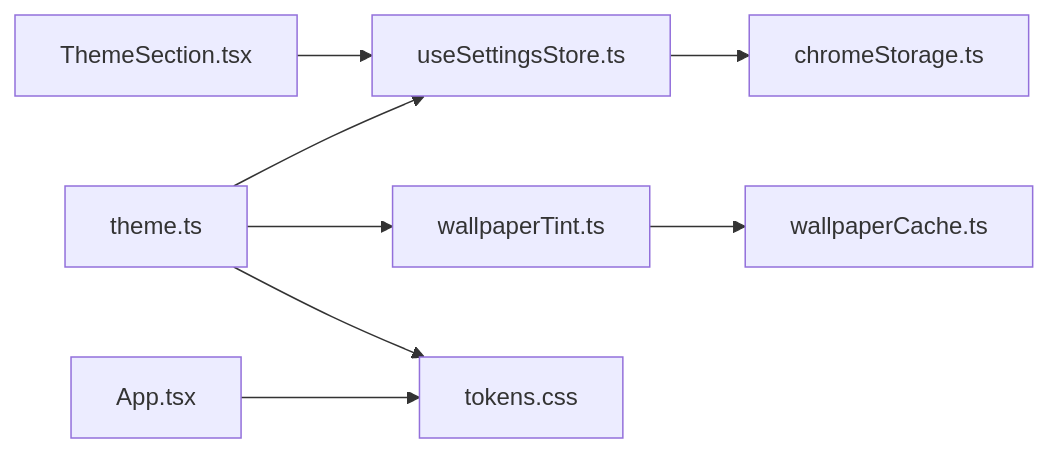
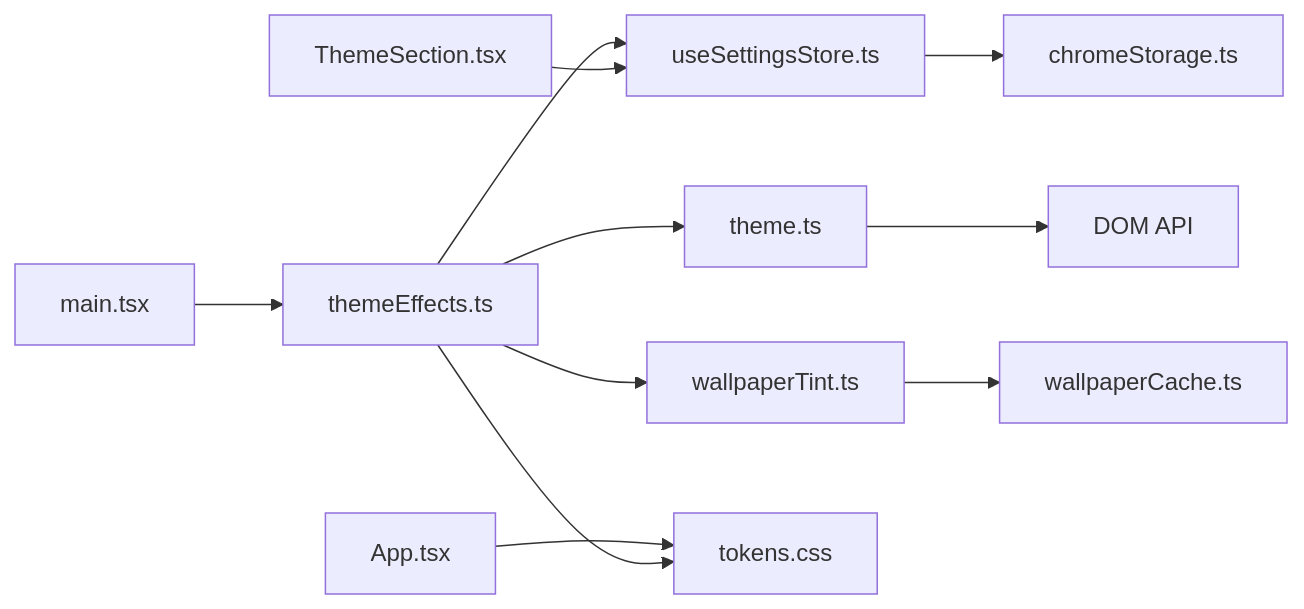
The fifth of 5 diagrams in .qoder/repowiki/zh/content/设置与配置系统/主题配置模块.md (Zy0913/xtab), drawn with Mermaid before and after one commit. The commit also changed other lines of this file and 15 other files, not shown here.

````diff
--- a/.qoder/repowiki/zh/content/设置与配置系统/主题配置模块.md
+++ b/.qoder/repowiki/zh/content/设置与配置系统/主题配置模块.md
@@ -275,10 +357,13 @@
 ```mermaid
 graph LR
-Theme["theme.ts"] --> Store["useSettingsStore.ts"]
-Theme --> Tint["wallpaperTint.ts"]
+Effects["themeEffects.ts"] --> Store["useSettingsStore.ts"]
+Effects --> Theme["theme.ts"]
+Effects --> Tint["wallpaperTint.ts"]
+Theme --> DOM["DOM API"]
 Tint --> Cache["wallpaperCache.ts"]
 Store --> Chrome["chromeStorage.ts"]
 App["App.tsx"] --> Tokens["tokens.css"]
-Theme --> Tokens
+Effects --> Tokens
 UI["ThemeSection.tsx"] --> Store
+Main["main.tsx"] --> Effects
 ```
````
